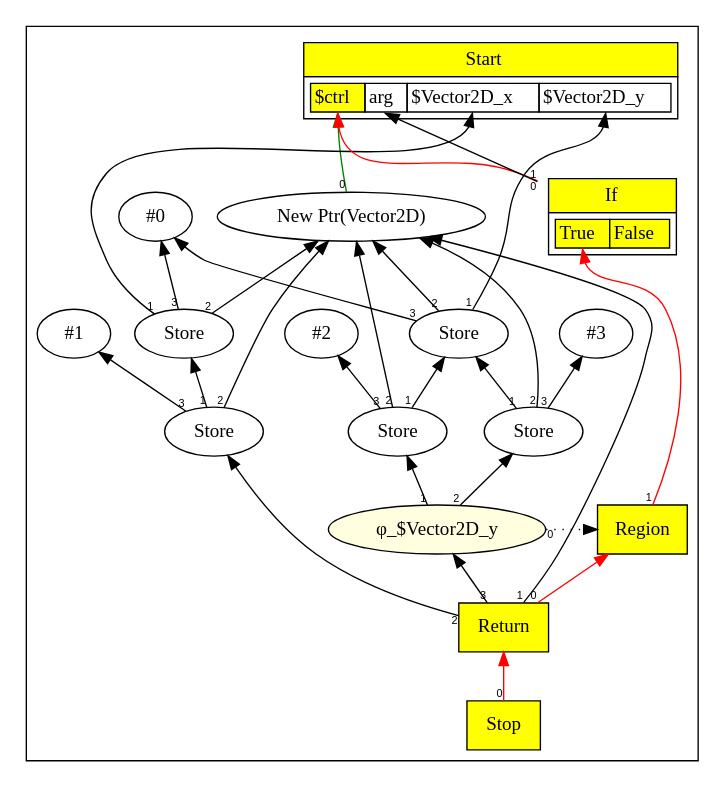
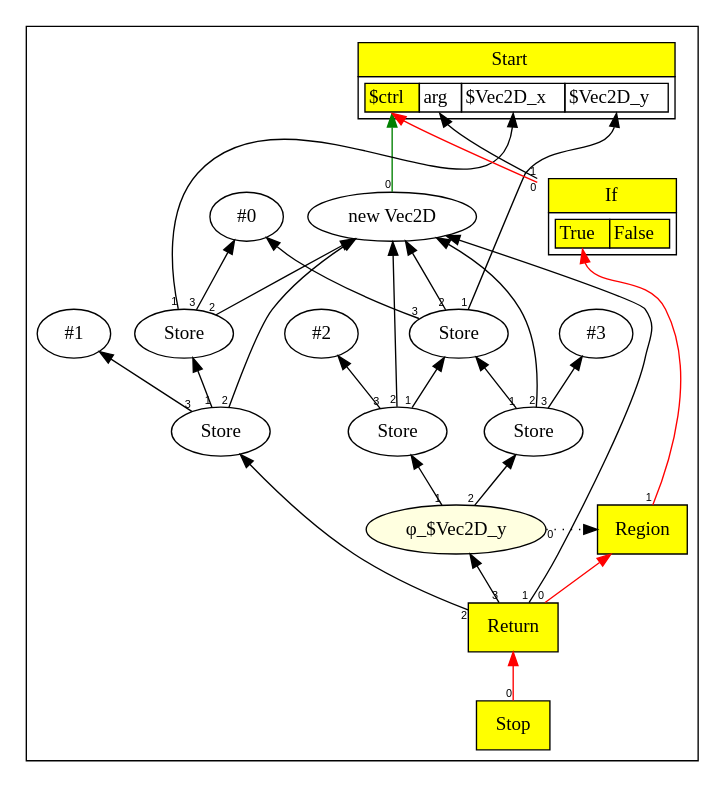
Before and after one commit to SeaOfNodes/Simple: the diagram in chapter10/docs/example1.gv, drawn with Graphviz. The commit also changed 2 other files, not shown here.

```diff
--- a/chapter10/docs/example1.gv
+++ b/chapter10/docs/example1.gv
@@ -1,84 +1,84 @@
 digraph chapter10 {
 /*
-struct Vector2D { int x; int y; }
+struct Vec2D { int x; int y; }
 
-Vector2D v = new Vector2D;
+Vec2D v = new Vec2D;
 v.x = 1;
 if (arg)
     v.y = 2;
 else
     v.y = 3;
 return v;
 
 */
 	rankdir=BT;
 	ordering="in";
 	concentrate="true";
 	compound="true";
 	subgraph cluster_Nodes {
 		Start2 [ shape=plaintext label=<
 			<TABLE BORDER="0" CELLBORDER="1" CELLSPACING="0" CELLPADDING="4">
 			<TR><TD BGCOLOR="yellow">Start</TD></TR>
 			<TR><TD>
 				<TABLE BORDER="0" CELLBORDER="1" CELLSPACING="0">
-				<TR><TD PORT="p0" BGCOLOR="yellow">$ctrl</TD><TD PORT="p1">arg</TD><TD PORT="p2">$Vector2D_x</TD><TD PORT="p3">$Vector2D_y</TD></TR>
+				<TR><TD PORT="p0" BGCOLOR="yellow">$ctrl</TD><TD PORT="p1">arg</TD><TD PORT="p2">$Vec2D_x</TD><TD PORT="p3">$Vec2D_y</TD></TR>
 				</TABLE>
 			</TD></TR>
 			</TABLE>>
 		];
 		Stop3 [ shape=box style=filled fillcolor=yellow label="Stop" ];
-		New8 [ label="New Ptr(Vector2D)" ];
+		New8 [ label="new Vec2D" ];
 		Con_9 [ label="#0" ];
 		Store10 [ label="Store" ];
 		Store11 [ label="Store" ];
 		Con_12 [ label="#1" ];
 		Store13 [ label="Store" ];
 		If14 [ shape=plaintext label=<
 			<TABLE BORDER="0" CELLBORDER="1" CELLSPACING="0" CELLPADDING="4">
 			<TR><TD BGCOLOR="yellow">If</TD></TR>
 			<TR><TD>
 				<TABLE BORDER="0" CELLBORDER="1" CELLSPACING="0">
 				<TR><TD PORT="p0" BGCOLOR="yellow">True</TD><TD PORT="p1" BGCOLOR="yellow">False</TD></TR>
 				</TABLE>
 			</TD></TR>
 			</TABLE>>
 		];
 		Con_18 [ label="#2" ];
 		Store19 [ label="Store" ];
 		Con_20 [ label="#3" ];
 		Store21 [ label="Store" ];
 		Region22 [ shape=box style=filled fillcolor=yellow label="Region" ];
-		Phi_Vector2D_y23 [ style=filled fillcolor=lightyellow label="&phi;_$Vector2D_y" ];
+		Phi_Vec2D_y23 [ style=filled fillcolor=lightyellow label="&phi;_$Vec2D_y" ];
 		Return24 [ shape=box style=filled fillcolor=yellow label="Return" ];
-		{ rank=same; Region22;Phi_Vector2D_y23;}
+		{ rank=same; Region22;Phi_Vec2D_y23;}
 	}
 	edge [ fontname=Helvetica, fontsize=8 ];
 	Stop3 -> Return24[taillabel=0 color=red];
 	New8 -> Start2:p0[taillabel=0 color=green];
 	Store10 -> Start2:p2[taillabel=1];
 	Store10 -> New8[taillabel=2];
 	Store10 -> Con_9[taillabel=3];
 	Store11 -> Start2:p3[taillabel=1];
 	Store11 -> New8[taillabel=2];
 	Store11 -> Con_9[taillabel=3];
 	Store13 -> Store10[taillabel=1];
 	Store13 -> New8[taillabel=2];
 	Store13 -> Con_12[taillabel=3];
 	If14 -> Start2:p0[taillabel=0 color=red];
 	If14 -> Start2:p1[taillabel=1];
 	Store19 -> Store11[taillabel=1];
 	Store19 -> New8[taillabel=2];
 	Store19 -> Con_18[taillabel=3];
 	Store21 -> Store11[taillabel=1];
 	Store21 -> New8[taillabel=2];
 	Store21 -> Con_20[taillabel=3];
 	Region22 -> If14:p0[taillabel=1 color=red];
 	Region22 -> If14:p1[taillabel=2 color=red];
-	Phi_Vector2D_y23 -> Region22 [style=dotted taillabel=0];
-	Phi_Vector2D_y23 -> Store19[taillabel=1];
-	Phi_Vector2D_y23 -> Store21[taillabel=2 constraint=false];
+	Phi_Vec2D_y23 -> Region22 [style=dotted taillabel=0];
+	Phi_Vec2D_y23 -> Store19[taillabel=1];
+	Phi_Vec2D_y23 -> Store21[taillabel=2 constraint=false];
 	Return24 -> Region22[taillabel=0 color=red];
 	Return24 -> New8[taillabel=1];
 	Return24 -> Store13[taillabel=2];
-	Return24 -> Phi_Vector2D_y23[taillabel=3];
+	Return24 -> Phi_Vec2D_y23[taillabel=3];
 }
```
